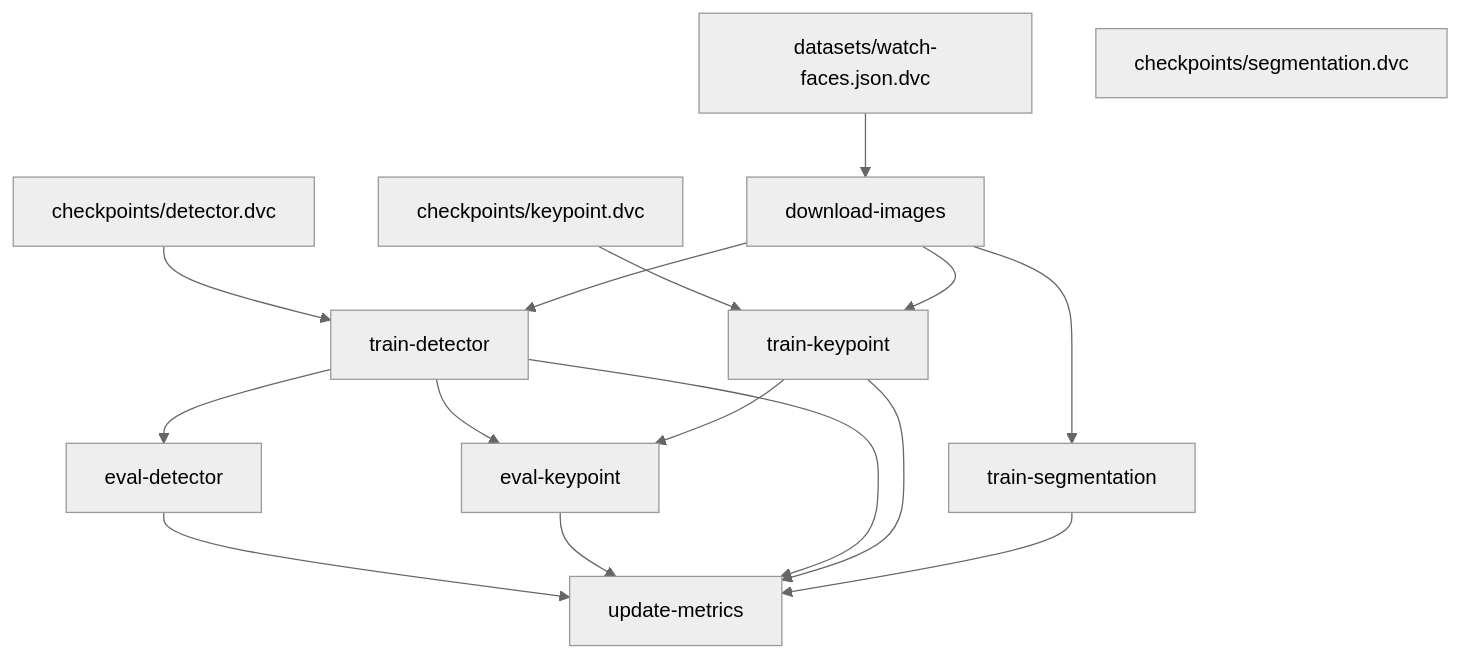
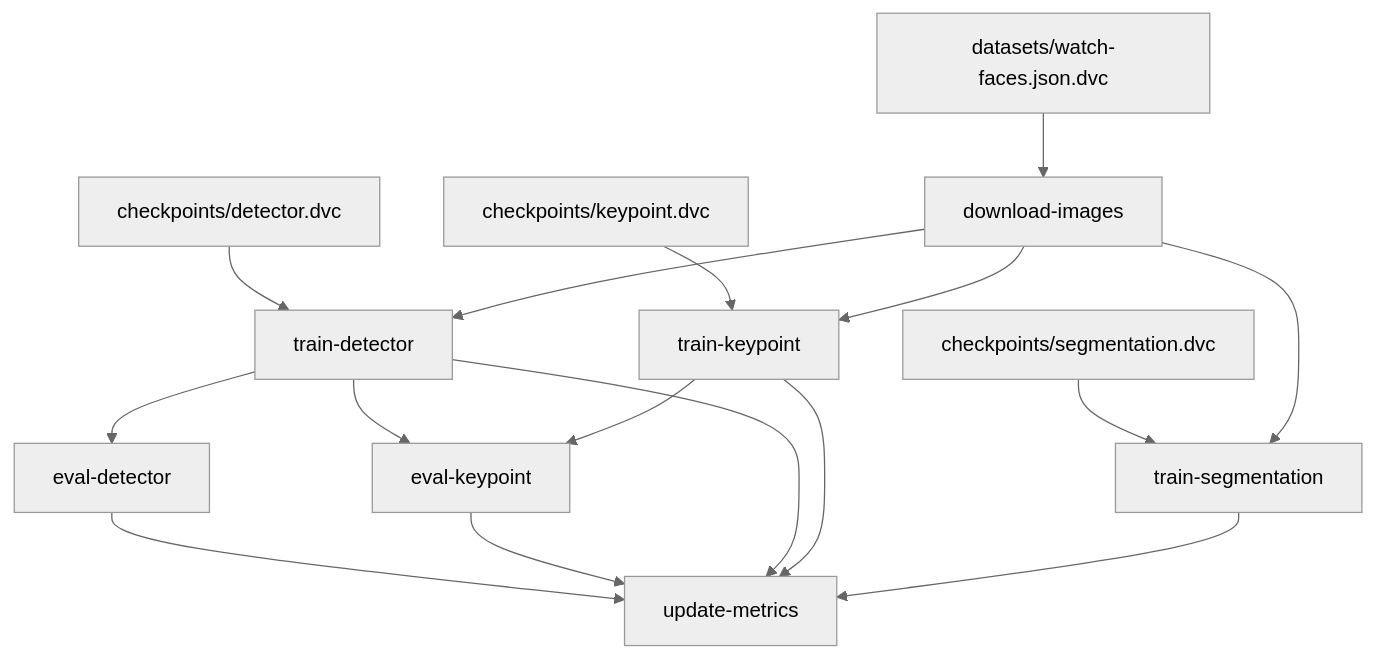
The diagram in README.md (akucia/analog-watch-recognition), drawn with Mermaid (neutral theme) before and after one commit. The commit also changed other lines of this file and 29 other files, not shown here.

````diff
--- a/README.md
+++ b/README.md
@@ -12,28 +12,29 @@
 ```mermaid
 flowchart TD
-	node1["checkpoints/detector.dvc"]
-	node2["checkpoints/keypoint.dvc"]
-	node3["datasets/watch-faces.json.dvc"]
-	node4["download-images"]
-	node5["eval-detector"]
-	node6["eval-keypoint"]
-	node7["train-detector"]
-	node8["train-keypoint"]
-	node9["train-segmentation"]
-	node10["update-metrics"]
-	node1-->node7
-	node2-->node8
-	node3-->node4
-	node4-->node7
-	node4-->node8
-	node4-->node9
+	node1[checkpoints/detector.dvc]
+	node2[checkpoints/keypoint.dvc]
+	node3[checkpoints/segmentation.dvc]
+	node4[datasets/watch-faces.json.dvc]
+	node5[download-images]
+	node6[eval-detector]
+	node7[eval-keypoint]
+	node8[train-detector]
+	node9[train-keypoint]
+	node10[train-segmentation]
+	node11[update-metrics]
+	node1-->node8
+	node2-->node9
+	node3-->node10
+	node4-->node5
+	node5-->node8
+	node5-->node9
 	node5-->node10
-	node6-->node10
-	node7-->node5
-	node7-->node6
-	node7-->node10
+	node6-->node11
+	node7-->node11
 	node8-->node6
-	node8-->node10
-	node9-->node10
-	node11["checkpoints/segmentation.dvc"]
+	node8-->node7
+	node8-->node11
+	node9-->node7
+	node9-->node11
+	node10-->node11
 ```
````
